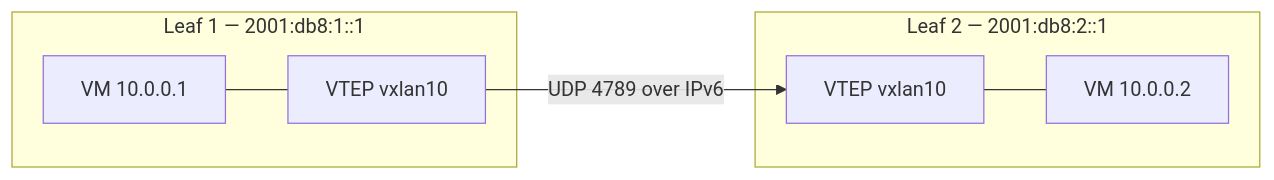
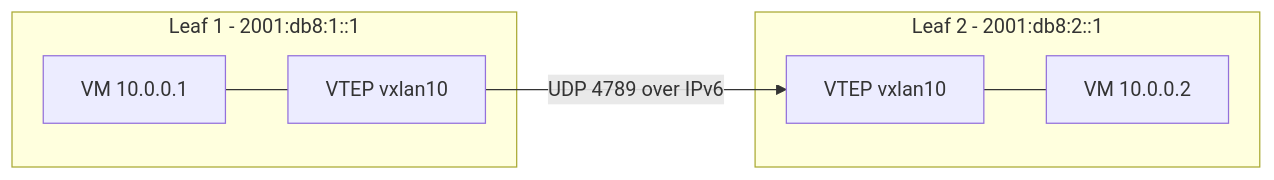
The diagram in posts/2026-03-20-vxlan-ipv6-underlay/README.md (wildfirebill-web/oneuptime-blog), drawn with Mermaid before and after one commit. The commit also changed other lines of this file and 41565 other files, not shown here.

````diff
--- a/posts/2026-03-20-vxlan-ipv6-underlay/README.md
+++ b/posts/2026-03-20-vxlan-ipv6-underlay/README.md
@@ -11,14 +11,14 @@
 ```mermaid
 graph LR
-    subgraph Leaf1["Leaf 1 — 2001:db8:1::1"]
+    subgraph Leaf1["Leaf 1 - 2001:db8:1::1"]
         VM1["VM 10.0.0.1"]
         VTEP1["VTEP vxlan10"]
     end
-    subgraph Leaf2["Leaf 2 — 2001:db8:2::1"]
+    subgraph Leaf2["Leaf 2 - 2001:db8:2::1"]
         VM2["VM 10.0.0.2"]
         VTEP2["VTEP vxlan10"]
     end
     VM1 --- VTEP1
     VTEP1 -->|"UDP 4789 over IPv6"| VTEP2
     VTEP2 --- VM2
 ```
````
